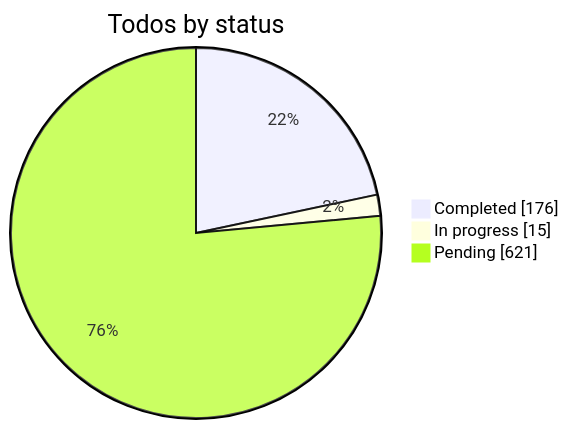
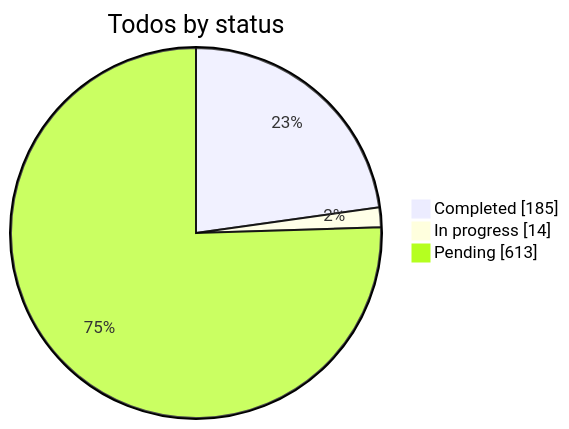
The first of 6 diagrams in .cursor/plans/combined_cms_refs_f96163bc.plan.md (KantaPaul/next-cms), drawn with Mermaid before and after one commit. The commit also changed other lines of this file and 1 other file, not shown here.

````diff
--- a/.cursor/plans/combined_cms_refs_f96163bc.plan.md
+++ b/.cursor/plans/combined_cms_refs_f96163bc.plan.md
@@ -2463,6 +2463,6 @@
 ```mermaid
 pie showData title Todos by status
-  "Completed" : 176
-  "In progress" : 15
-  "Pending" : 621
+  "Completed" : 185
+  "In progress" : 14
+  "Pending" : 613
 ```
````
